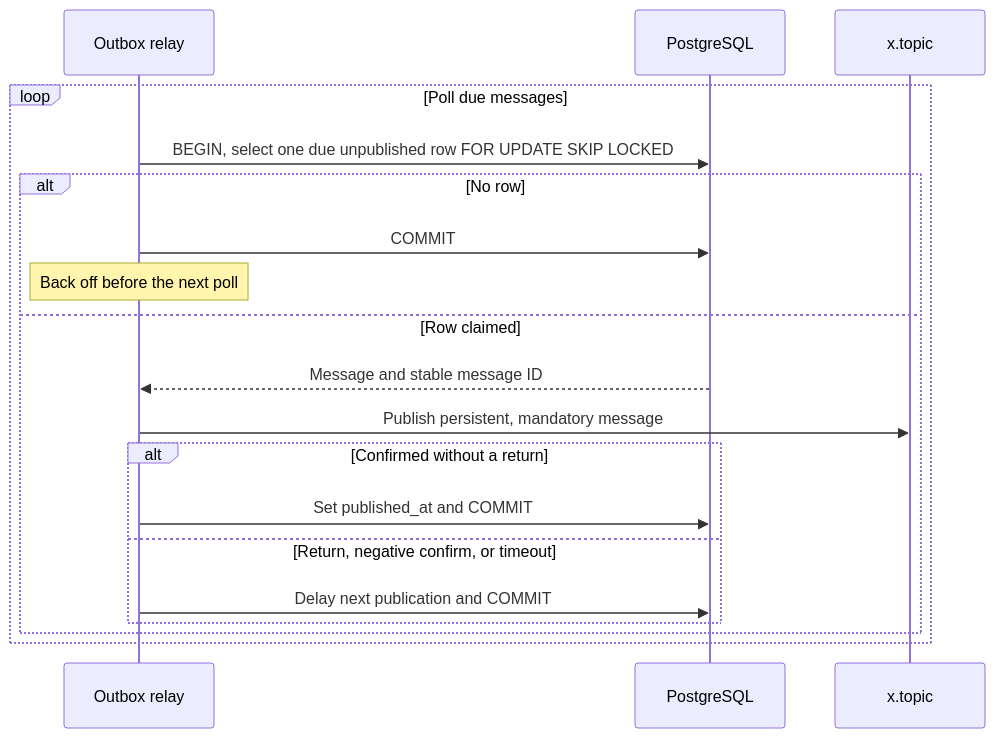
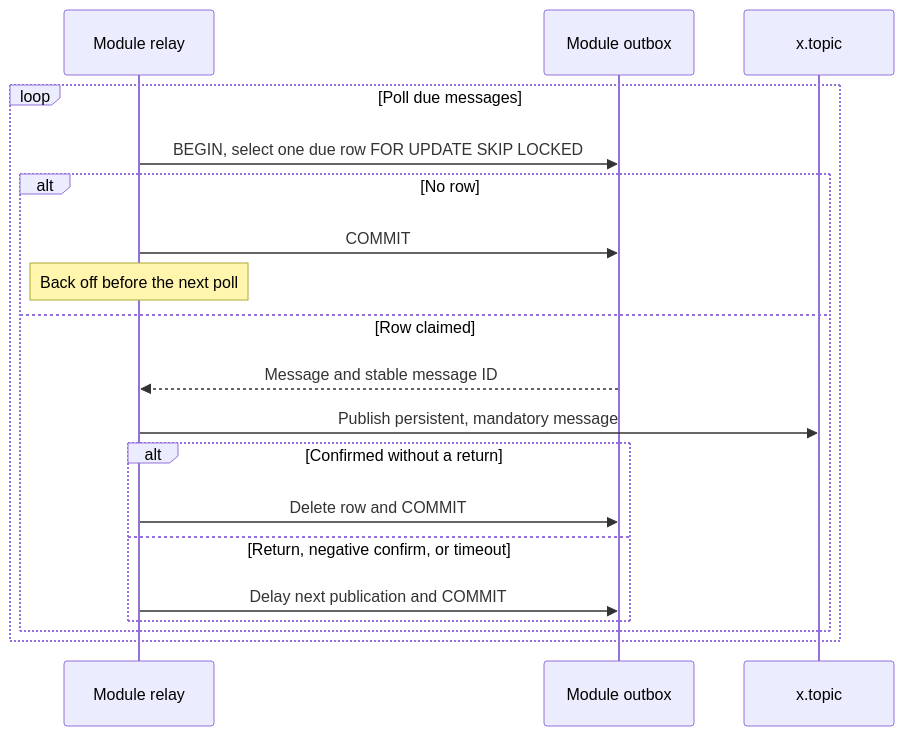
One commit to dinno7/distributed-ecommerce changed the second of 2 diagrams in docs/diagrams/create_order.md. Above: the diagram before and after it, drawn with Mermaid. The commit also changed other lines of this file and 1 other file, not shown here.

Commit message:
docs:  changes in seq diagrams

````diff
--- a/docs/diagrams/create_order.md
+++ b/docs/diagrams/create_order.md
@@ -47,22 +47,22 @@
 ```mermaid
 sequenceDiagram
-    participant Relay as Outbox relay
-    participant DB as PostgreSQL
+    participant Relay as Module relay
+    participant DB as Module outbox
     participant Topic as x.topic
 
     loop Poll due messages
-        Relay->>DB: BEGIN, select one due unpublished row FOR UPDATE SKIP LOCKED
+        Relay->>DB: BEGIN, select one due row FOR UPDATE SKIP LOCKED
         alt No row
             Relay->>DB: COMMIT
             Note over Relay: Back off before the next poll
         else Row claimed
             DB-->>Relay: Message and stable message ID
             Relay->>Topic: Publish persistent, mandatory message
             alt Confirmed without a return
-                Relay->>DB: Set published_at and COMMIT
+                Relay->>DB: Delete row and COMMIT
             else Return, negative confirm, or timeout
                 Relay->>DB: Delay next publication and COMMIT
             end
         end
     end
 ```
````
